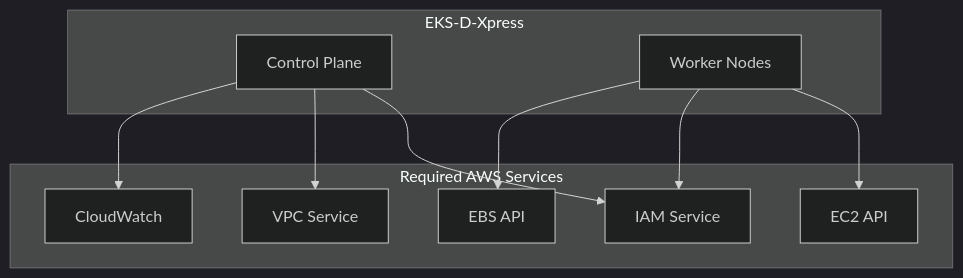
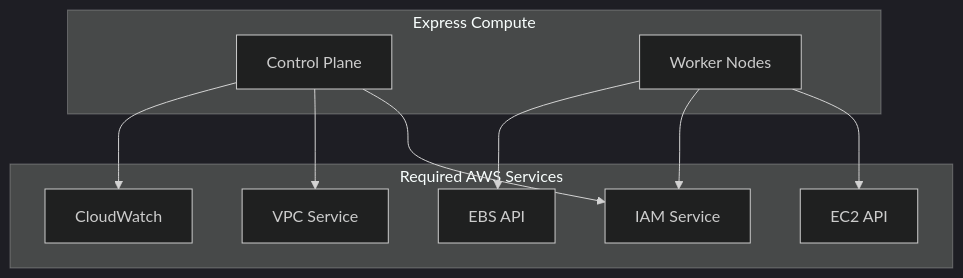
Before and after one commit to codriverlabs/express-compute-platform: the first of 2 diagrams in .agents/summary/dependencies.md, drawn with Mermaid (dark theme). The commit also changed 86 other files, not shown here.

First line of the commit message:
refactor: rebrand EKS-D Xpress → Express Compute Platform

````diff
--- a/.agents/summary/dependencies.md
+++ b/.agents/summary/dependencies.md
@@ -14,22 +14,22 @@
 ```mermaid
 graph TB
-    subgraph "EKS-D-Xpress"
+    subgraph "Express Compute"
         A[Control Plane]
         B[Worker Nodes]
     end
     
     subgraph "Required AWS Services"
         C[EC2 API]
         D[IAM Service]
         E[VPC Service]
         F[EBS API]
         G[CloudWatch]
     end
     
     A --> D
     A --> E
     A --> G
     B --> C
     B --> D
     B --> F
 ```
````
